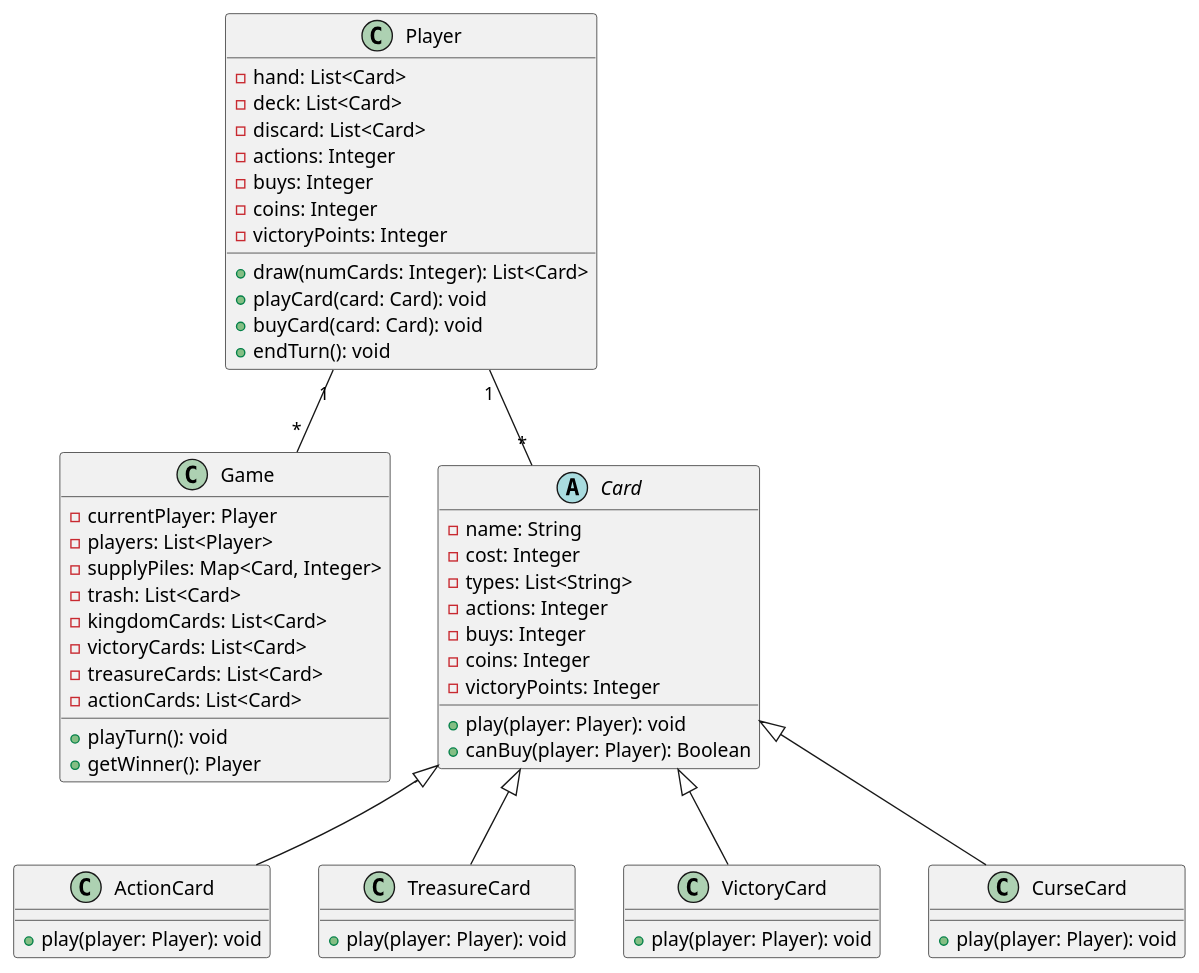
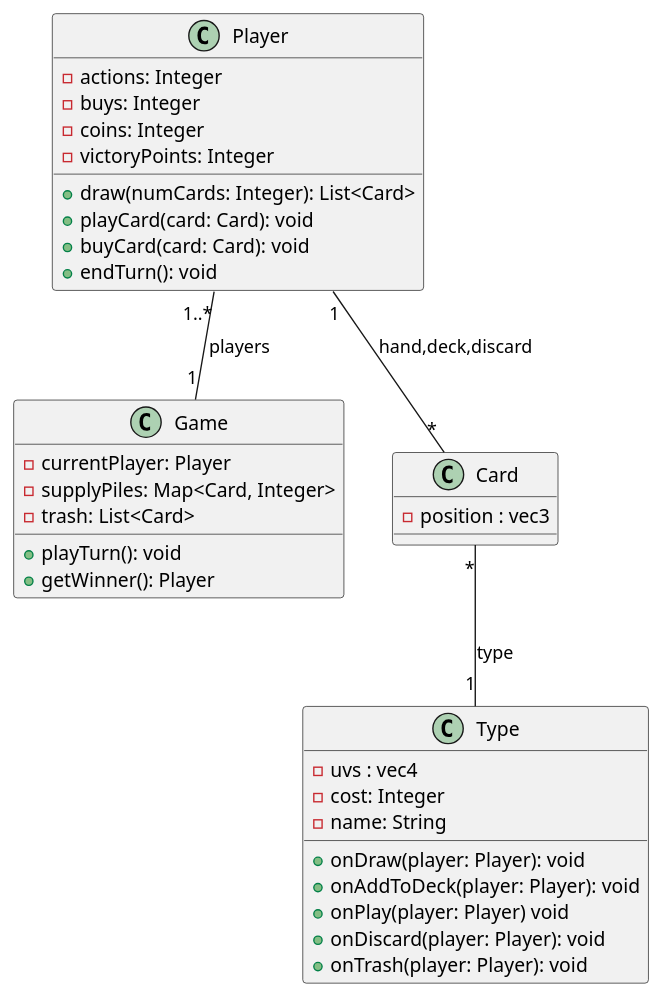
The diagram in UML.plantuml (ClementChambard/Dominion), drawn with PlantUML before and after one commit. The commit also changed 12 other files, not shown here.

Commit message:
version 1.01 classes of UML made

```diff
--- a/UML.plantuml
+++ b/UML.plantuml
@@ -1,65 +1,48 @@
-@startuml
+@startuml header
 
 class Game {
   - currentPlayer: Player
-  - players: List<Player>
   - supplyPiles: Map<Card, Integer>
   - trash: List<Card>
-  - kingdomCards: List<Card>
-  - victoryCards: List<Card>
-  - treasureCards: List<Card>
-  - actionCards: List<Card>
-  
   + playTurn(): void
   + getWinner(): Player
 }
 
 class Player {
-  - hand: List<Card>
-  - deck: List<Card>
-  - discard: List<Card>
+  
   - actions: Integer
   - buys: Integer
   - coins: Integer
   - victoryPoints: Integer
   
   + draw(numCards: Integer): List<Card>
   + playCard(card: Card): void
   + buyCard(card: Card): void
   + endTurn(): void
 }
 
 
-abstract class Card {
-  - name: String
-  - cost: Integer
-  - types: List<String>
-  - actions: Integer
-  - buys: Integer
-  - coins: Integer
-  - victoryPoints: Integer
-  
-  + play(player: Player): void
-  + canBuy(player: Player): Boolean
+class Card {
+  - position : vec3
 }
 
-class ActionCard extends Card {
-  + play(player: Player): void
+class Type {
+  - uvs : vec4
+  - cost: Integer
+  - name: String
+  + onDraw(player: Player): void
+  + onAddToDeck(player: Player): void
+  + onPlay(player: Player) void
+  + onDiscard(player: Player): void
+  + onTrash(player: Player): void
 }
 
-class TreasureCard extends Card {
-  + play(player: Player): void
-}
+Player "1" -- "*" Card : hand,deck,discard
+Player "1..*" -- "1" Game : players
+Card "*" -- "1" Type : type
 
-class VictoryCard extends Card {
-  + play(player: Player): void
-}
 
-class CurseCard extends Card {
-  + play(player: Player): void
-}
 
-Player "1" -- "*" Card
-Player "1" -- "*" Game
+
 
 @enduml
```
